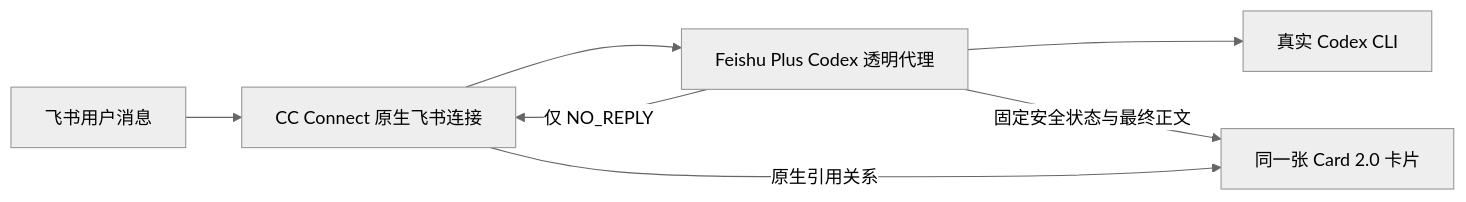
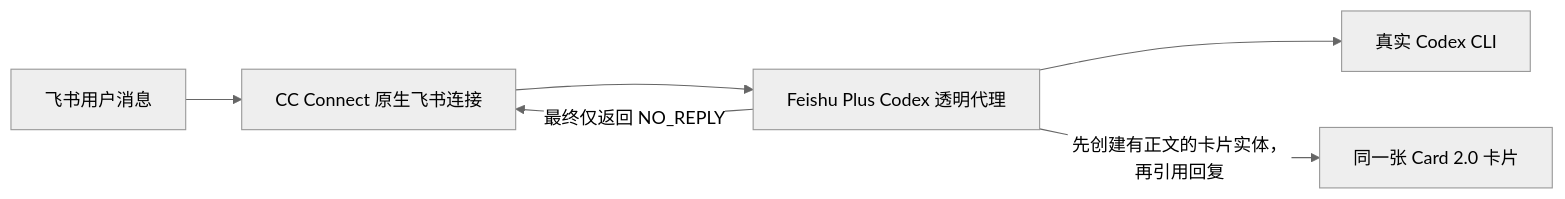
One commit to timmyagentic/cc-connect-feishu-plus changed the diagram in README.md. Above: the diagram before and after it, drawn with Mermaid (neutral theme). The commit also changed other lines of this file and 16 other files, not shown here.

````diff
--- a/README.md
+++ b/README.md
@@ -26,9 +27,8 @@
 ```mermaid
 flowchart LR
     U["飞书用户消息"] --> N["CC Connect 原生飞书连接"]
     N --> P["Feishu Plus Codex 透明代理"]
     P --> C["真实 Codex CLI"]
-    P -->|"固定安全状态与最终正文"| F["同一张 Card 2.0 卡片"]
-    P -->|"仅 NO_REPLY"| N
-    N -->|"原生引用关系"| F
+    P -->|"先创建有正文的卡片实体，再引用回复"| F["同一张 Card 2.0 卡片"]
+    P -->|"最终仅返回 NO_REPLY"| N
 ```
````
